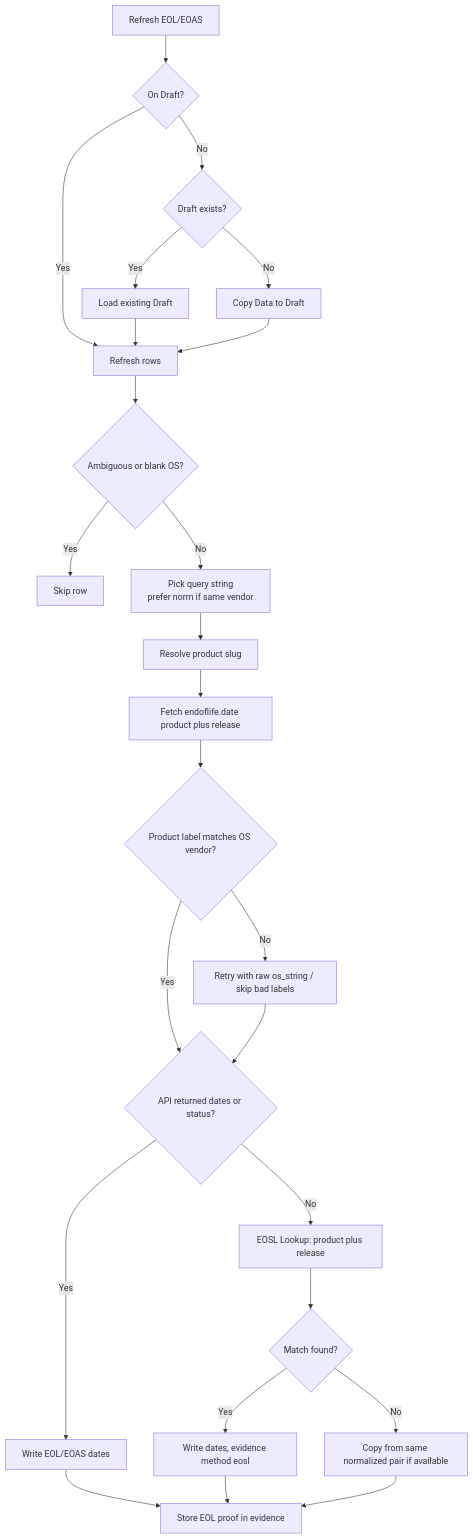
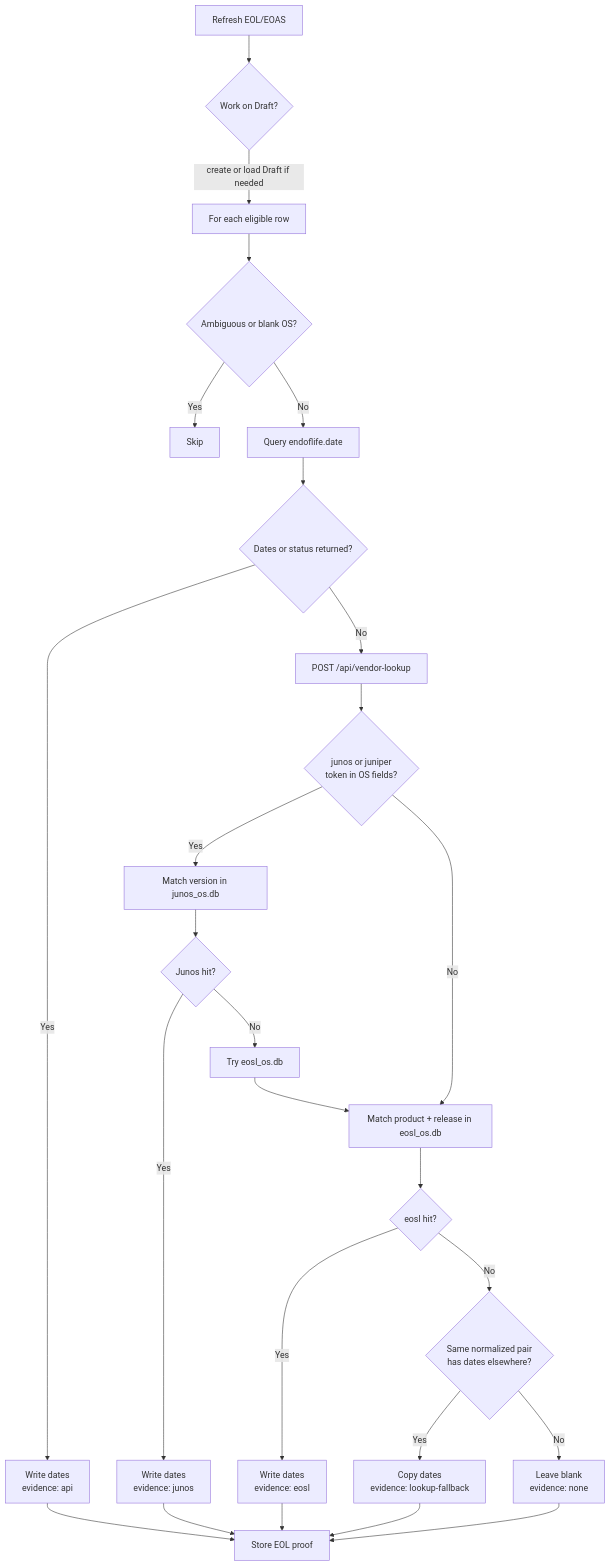
One commit to jibinge0rge/OS-Health-Check changed the fourth of 7 diagrams in README.md. Above: the diagram before and after it, drawn with Mermaid. The commit also changed other lines of this file and 7 other files, not shown here.

First line of the commit message:
Add Junos OS lifecycle data scraping and vendor lookup functionality

````diff
--- a/README.md
+++ b/README.md
@@ -206,28 +228,34 @@
 ```mermaid
 flowchart TD
-  R[Refresh EOL/EOAS] --> D{On Draft?}
-  D -->|Yes| Work[Refresh rows]
-  D -->|No| DE{Draft exists?}
-  DE -->|Yes| LoadD[Load existing Draft]
-  DE -->|No| Copy[Copy Data to Draft]
-  LoadD --> Work
-  Copy --> Work
+  R[Refresh EOL/EOAS] --> DraftGate{Work on Draft?}
+  DraftGate -->|create or load Draft if needed| Row[For each eligible row]
 
-  Work --> Skip{Ambiguous or blank OS?}
-  Skip -->|Yes| Next[Skip row]
-  Skip -->|No| Pick[Pick query string<br/>prefer norm if same vendor]
-  Pick --> Slug[Resolve product slug]
-  Slug --> API[Fetch endoflife.date product plus release]
-  API --> Vendor2{Product label matches OS vendor?}
-  Vendor2 -->|No| Retry[Retry with raw os_string / skip bad labels]
-  Vendor2 -->|Yes| HasData{API returned dates or status?}
-  Retry --> HasData
-  HasData -->|Yes| ApplyDates[Write EOL/EOAS dates]
-  HasData -->|No| Eosl[EOSL Lookup: product plus release]
-  Eosl --> EoslHit{Match found?}
-  EoslHit -->|Yes| ApplyEosl[Write dates, evidence method eosl]
-  EoslHit -->|No| CopyFb[Copy from same normalized pair if available]
-  ApplyDates --> Proof[Store EOL proof in evidence]
+  Row --> Skip{Ambiguous or blank OS?}
+  Skip -->|Yes| Next[Skip]
+  Skip -->|No| API[Query endoflife.date]
+
+  API --> ApiOk{Dates or status returned?}
+  ApiOk -->|Yes| ApplyApi[Write dates<br/>evidence: api]
+  ApiOk -->|No| Vendor[POST /api/vendor-lookup]
+
+  Vendor --> Token{junos or juniper<br/>token in OS fields?}
+  Token -->|Yes| JunosDB[Match version in junos_os.db]
+  Token -->|No| EoslDB[Match product + release in eosl_os.db]
+
+  JunosDB --> JunosHit{Junos hit?}
+  JunosHit -->|Yes| ApplyJunos[Write dates<br/>evidence: junos]
+  JunosHit -->|No| EoslAfterJunos[Try eosl_os.db]
+  EoslAfterJunos --> EoslDB
+
+  EoslDB --> EoslHit{eosl hit?}
+  EoslHit -->|Yes| ApplyEosl[Write dates<br/>evidence: eosl]
+  EoslHit -->|No| CopyFb{Same normalized pair<br/>has dates elsewhere?}
+  CopyFb -->|Yes| ApplyCopy[Copy dates<br/>evidence: lookup-fallback]
+  CopyFb -->|No| Empty[Leave blank<br/>evidence: none]
+
+  ApplyApi --> Proof[Store EOL proof]
+  ApplyJunos --> Proof
   ApplyEosl --> Proof
-  CopyFb --> Proof
+  ApplyCopy --> Proof
+  Empty --> Proof
 ```
````
